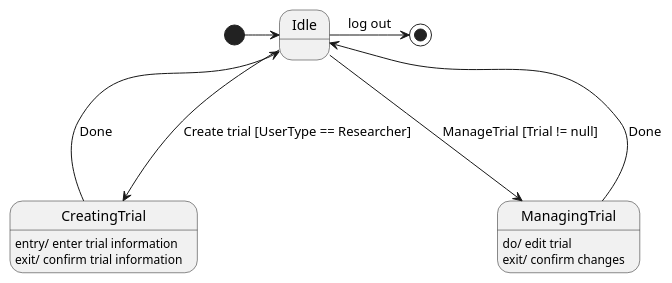
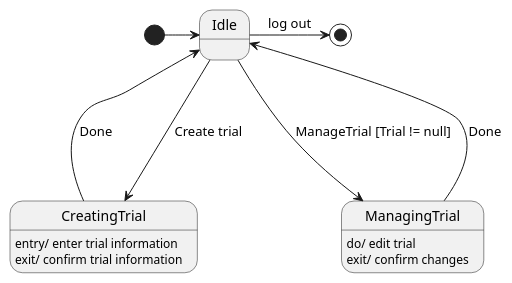
One commit to MarkBidstrup/PB1 changed the diagram in PB1ProbeApplication/UML/ResearcherStateMachine.puml. Above: the diagram before and after it, drawn with PlantUML.

Commit message:
edit in R SM

```diff
--- a/PB1ProbeApplication/UML/ResearcherStateMachine.puml
+++ b/PB1ProbeApplication/UML/ResearcherStateMachine.puml
@@ -1,18 +1,18 @@
 @startuml
 'https://plantuml.com/state-diagram
 
 [*] -> Idle
-Idle ---> CreatingTrial : Create trial [UserType == Researcher]
+Idle ---> CreatingTrial : Create trial
 CreatingTrial -> Idle : Done
 Idle ---> ManagingTrial : ManageTrial [Trial != null]
 ManagingTrial -> Idle : Done
 Idle -> [*] : log out
 
 state Idle
 
 state CreatingTrial : entry/ enter trial information \nexit/ confirm trial information
 
 state ManagingTrial : do/ edit trial\nexit/ confirm changes
 
 
 @enduml
```
